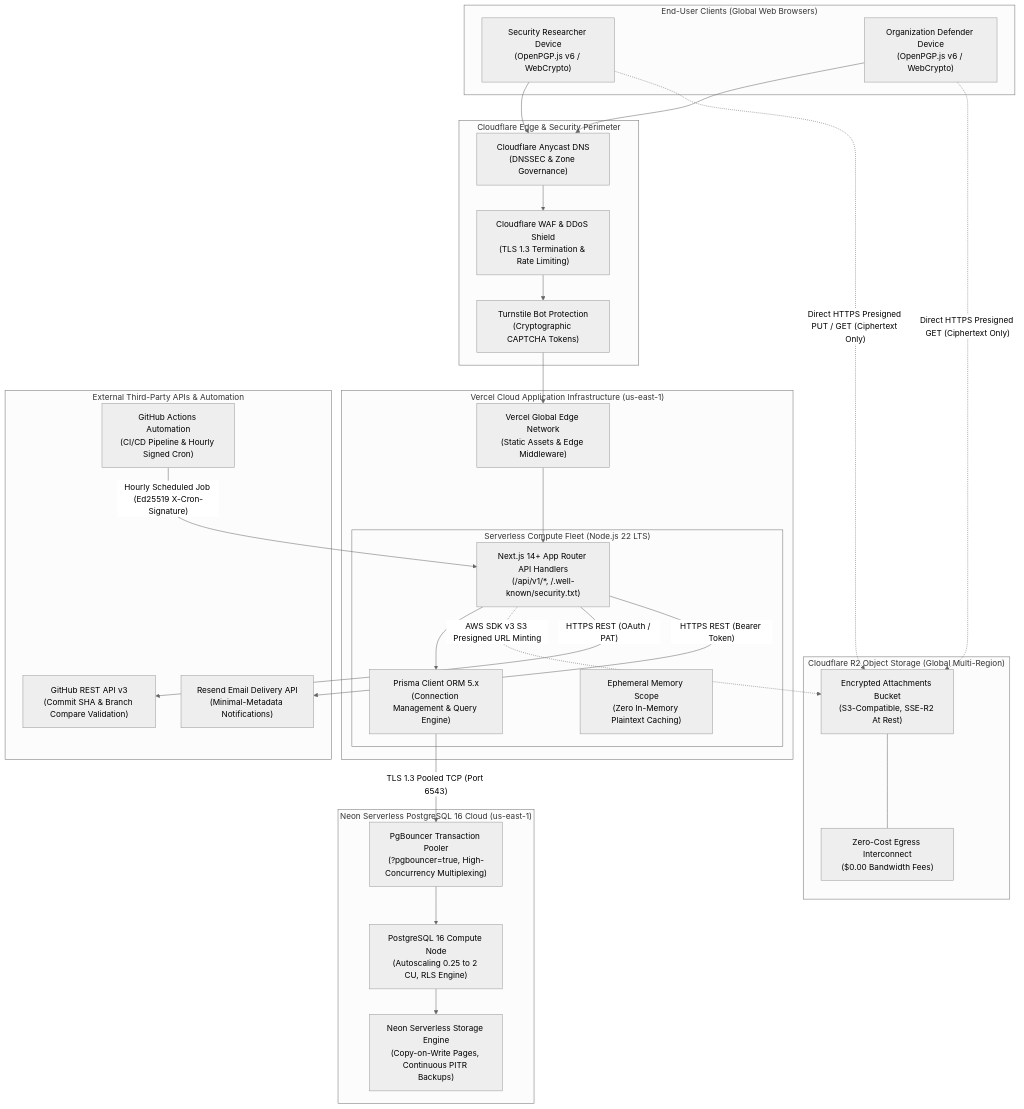
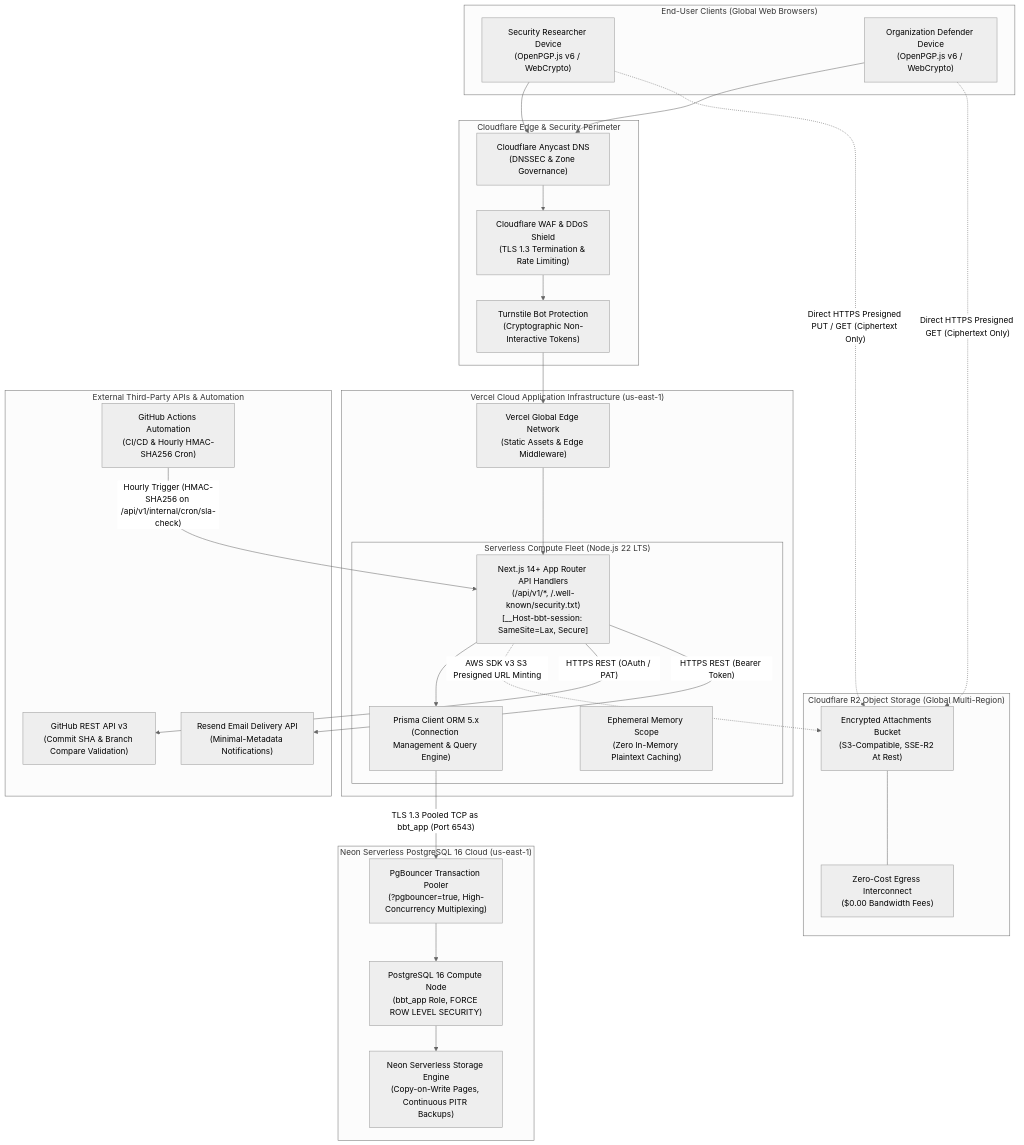
The diagram in architecture/diagrams/fig3_4_cloud_topology.mmd (Taha-Asad/BugBountyTracker), drawn with Mermaid (neutral theme) before and after one commit. The commit also changed 16 other files, not shown here.

Commit message:
fix(arch): align Week 3 architecture with submitted SRS Revision 2.8 and university evaluator feedback

```diff
--- a/architecture/diagrams/fig3_4_cloud_topology.mmd
+++ b/architecture/diagrams/fig3_4_cloud_topology.mmd
@@ -1,62 +1,62 @@
 flowchart TB
     subgraph USERS["End-User Clients (Global Web Browsers)"]
         CL_H["Security Researcher Device<br/>(OpenPGP.js v6 / WebCrypto)"]
         CL_D["Organization Defender Device<br/>(OpenPGP.js v6 / WebCrypto)"]
     end
 
     subgraph CLOUDFLARE_EDGE["Cloudflare Edge & Security Perimeter"]
         CF_DNS["Cloudflare Anycast DNS<br/>(DNSSEC & Zone Governance)"]
         CF_WAF["Cloudflare WAF & DDoS Shield<br/>(TLS 1.3 Termination & Rate Limiting)"]
-        CF_TURNSTILE["Turnstile Bot Protection<br/>(Cryptographic CAPTCHA Tokens)"]
+        CF_TURNSTILE["Turnstile Bot Protection<br/>(Cryptographic Non-Interactive Tokens)"]
     end
 
     subgraph VERCEL_PLATFORM["Vercel Cloud Application Infrastructure (us-east-1)"]
         V_EDGE["Vercel Global Edge Network<br/>(Static Assets & Edge Middleware)"]
         subgraph V_SERVERLESS["Serverless Compute Fleet (Node.js 22 LTS)"]
-            V_API["Next.js 14+ App Router API Handlers<br/>(/api/v1/*, /.well-known/security.txt)"]
+            V_API["Next.js 14+ App Router API Handlers<br/>(/api/v1/*, /.well-known/security.txt)<br/>[__Host-bbt-session: SameSite=Lax, Secure]"]
             V_PRISMA["Prisma Client ORM 5.x<br/>(Connection Management & Query Engine)"]
             V_MEM["Ephemeral Memory Scope<br/>(Zero In-Memory Plaintext Caching)"]
         end
     end
 
     subgraph NEON_DATABASE["Neon Serverless PostgreSQL 16 Cloud (us-east-1)"]
         N_BOUNCER["PgBouncer Transaction Pooler<br/>(?pgbouncer=true, High-Concurrency Multiplexing)"]
-        N_COMPUTE["PostgreSQL 16 Compute Node<br/>(Autoscaling 0.25 to 2 CU, RLS Engine)"]
+        N_COMPUTE["PostgreSQL 16 Compute Node<br/>(bbt_app Role, FORCE ROW LEVEL SECURITY)"]
         N_STORAGE["Neon Serverless Storage Engine<br/>(Copy-on-Write Pages, Continuous PITR Backups)"]
     end
 
     subgraph R2_STORAGE["Cloudflare R2 Object Storage (Global Multi-Region)"]
         R2_BUCKET["Encrypted Attachments Bucket<br/>(S3-Compatible, SSE-R2 At Rest)"]
         R2_EGRESS["Zero-Cost Egress Interconnect<br/>($0.00 Bandwidth Fees)"]
     end
 
     subgraph EXTERNAL_SERVICES["External Third-Party APIs & Automation"]
         EXT_GH["GitHub REST API v3<br/>(Commit SHA & Branch Compare Validation)"]
         EXT_RESEND["Resend Email Delivery API<br/>(Minimal-Metadata Notifications)"]
-        EXT_GHA["GitHub Actions Automation<br/>(CI/CD Pipeline & Hourly Signed Cron)"]
+        EXT_GHA["GitHub Actions Automation<br/>(CI/CD & Hourly HMAC-SHA256 Cron)"]
     end
 
     %% Client Interactions
     CL_H --> CF_DNS
     CL_D --> CF_DNS
     CF_DNS --> CF_WAF
     CF_WAF --> CF_TURNSTILE
     CF_TURNSTILE --> V_EDGE
     V_EDGE --> V_API
     V_API --> V_PRISMA
 
     %% Direct Encrypted File Transfers
     CL_H -. "Direct HTTPS Presigned PUT / GET (Ciphertext Only)" .-> R2_BUCKET
     CL_D -. "Direct HTTPS Presigned GET (Ciphertext Only)" .-> R2_BUCKET
     V_API -. "AWS SDK v3 S3 Presigned URL Minting" .-> R2_BUCKET
     R2_BUCKET --- R2_EGRESS
 
     %% Database Connections
-    V_PRISMA -- "TLS 1.3 Pooled TCP (Port 6543)" --> N_BOUNCER
+    V_PRISMA -- "TLS 1.3 Pooled TCP as bbt_app (Port 6543)" --> N_BOUNCER
     N_BOUNCER --> N_COMPUTE
     N_COMPUTE --> N_STORAGE
 
     %% External API Integrations
     V_API -- "HTTPS REST (OAuth / PAT)" --> EXT_GH
     V_API -- "HTTPS REST (Bearer Token)" --> EXT_RESEND
-    EXT_GHA -- "Hourly Scheduled Job (Ed25519 X-Cron-Signature)" --> V_API
+    EXT_GHA -- "Hourly Trigger (HMAC-SHA256 on /api/v1/internal/cron/sla-check)" --> V_API
```
